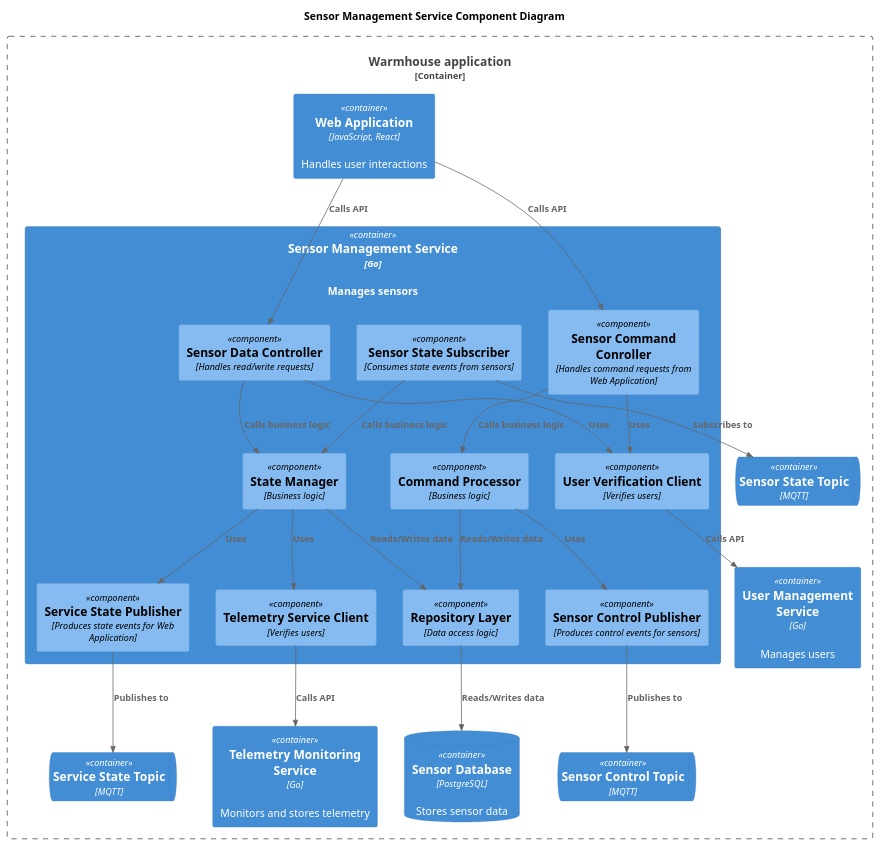
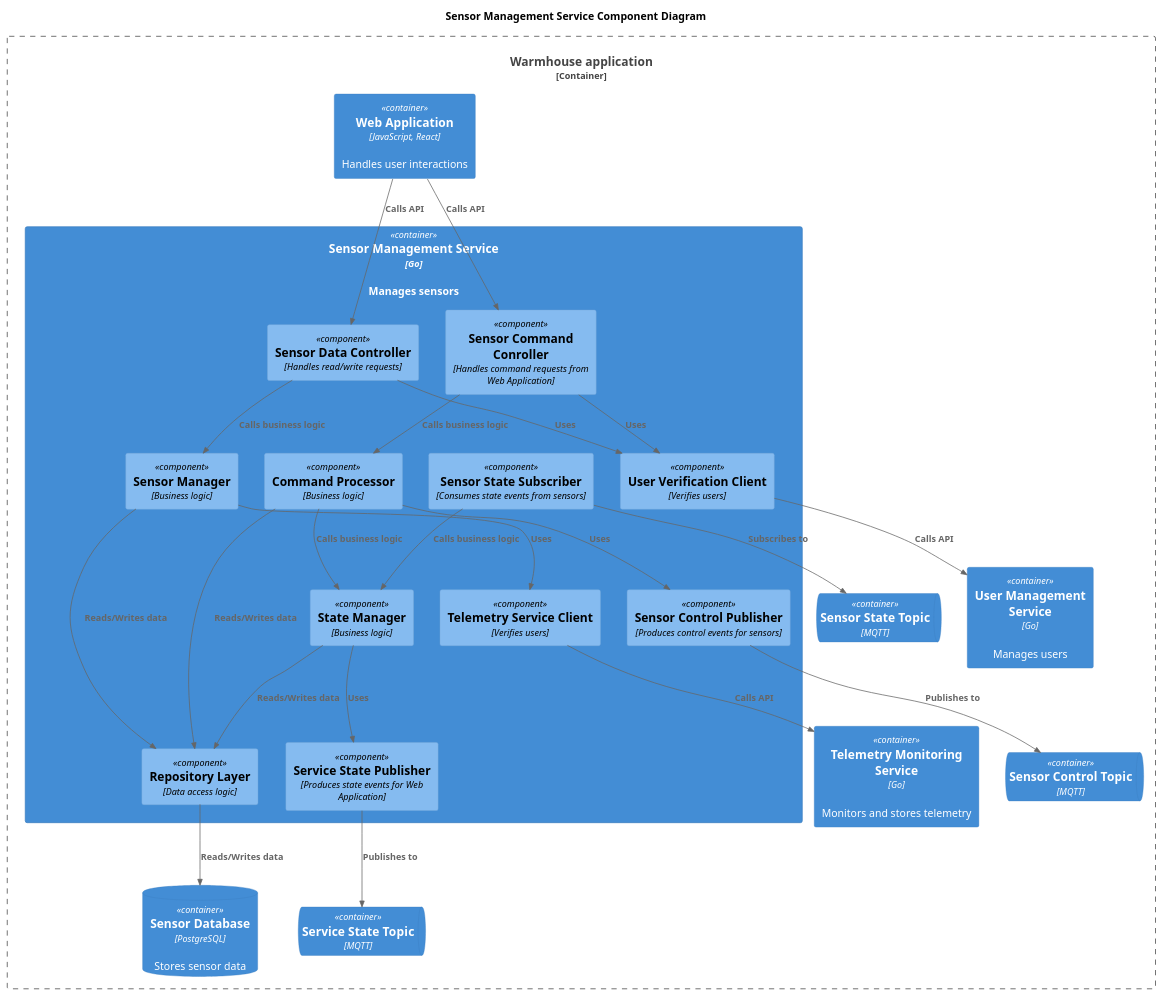
The diagram in diagrams/component/sensor-management-service.puml (grafkozloff/arch-sprint1), drawn with PlantUML before and after one commit. The commit also changed 6 other files, not shown here.

```diff
--- a/diagrams/component/sensor-management-service.puml
+++ b/diagrams/component/sensor-management-service.puml
@@ -1,50 +1,53 @@
 @startuml
 title Sensor Management Service Component Diagram
 
 top to bottom direction
 
 !includeurl https://raw.githubusercontent.com/RicardoNiepel/C4-PlantUML/master/C4_Component.puml
 
 Container_Boundary(WarmhouseApp, "Warmhouse application") {
   Container(WebApp, "Web Application", "JavaScript, React", "Handles user interactions")
   Container(SensorService, "Sensor Management Service", "Go", "Manages sensors")
   Container(UserService, "User Management Service", "Go", "Manages users")
   Container(TelemetryService, "Telemetry Monitoring Service", "Go", "Monitors and stores telemetry")
   ContainerQueue(SensorControlTopic, "Sensor Control Topic", "MQTT")
   ContainerQueue(SensorStateTopic, "Sensor State Topic", "MQTT")
   ContainerQueue(ServiceStateTopic, "Service State Topic", "MQTT")
   ContainerDb(SensorDatabase, "Sensor Database", "PostgreSQL", "Stores sensor data")
 }
 
 Container(SensorService, "Sensor Management Service", "Go") {
   Component(SensorDataController, "Sensor Data Controller", "Handles read/write requests")
   Component(SensorCommandConroller, "Sensor Command Conroller", "Handles command requests from Web Application")
   Component(SensorControlPublisher, "Sensor Control Publisher", "Produces control events for sensors")
   Component(ServiceStatePublisher, "Service State Publisher", "Produces state events for Web Application")
   Component(SensorStateSubscriber, "Sensor State Subscriber", "Consumes state events from sensors")
   Component(UserVerificationClient, "User Verification Client", "Verifies users")
   Component(TelemetryServiceClient, "Telemetry Service Client", "Verifies users")
   Component(CommandProcessor, "Command Processor", "Business logic")
+  Component(SensorManager, "Sensor Manager", "Business logic")
   Component(StateManager, "State Manager", "Business logic")
   Component(RepositoryLayer, "Repository Layer", "Data access logic")
 }
 Rel(WebApp, SensorCommandConroller, "Calls API")
 Rel(WebApp, SensorDataController, "Calls API")
 Rel(SensorStateSubscriber, SensorStateTopic, "Subscribes to")
 Rel(ServiceStatePublisher, ServiceStateTopic, "Publishes to")
 Rel(SensorControlPublisher, SensorControlTopic, "Publishes to")
-Rel(SensorDataController, StateManager, "Calls business logic")
+Rel(SensorDataController, SensorManager, "Calls business logic")
 Rel(StateManager, ServiceStatePublisher, "Uses")
 Rel(SensorStateSubscriber, StateManager, "Calls business logic")
 Rel(CommandProcessor, SensorControlPublisher, "Uses")
+Rel(CommandProcessor, StateManager, "Calls business logic")
 Rel(SensorCommandConroller, CommandProcessor, "Calls business logic")
 Rel(CommandProcessor, RepositoryLayer, "Reads/Writes data")
+Rel(SensorManager, RepositoryLayer, "Reads/Writes data")
 Rel(StateManager, RepositoryLayer, "Reads/Writes data")
-Rel(StateManager, TelemetryServiceClient, "Uses")
+Rel(SensorManager, TelemetryServiceClient, "Uses")
 Rel(RepositoryLayer, SensorDatabase, "Reads/Writes data")
 Rel(UserVerificationClient, UserService, "Calls API")
 Rel(TelemetryServiceClient, TelemetryService, "Calls API")
 
 Rel(SensorDataController, UserVerificationClient, "Uses")
 Rel(SensorCommandConroller, UserVerificationClient, "Uses")
 @enduml
```
